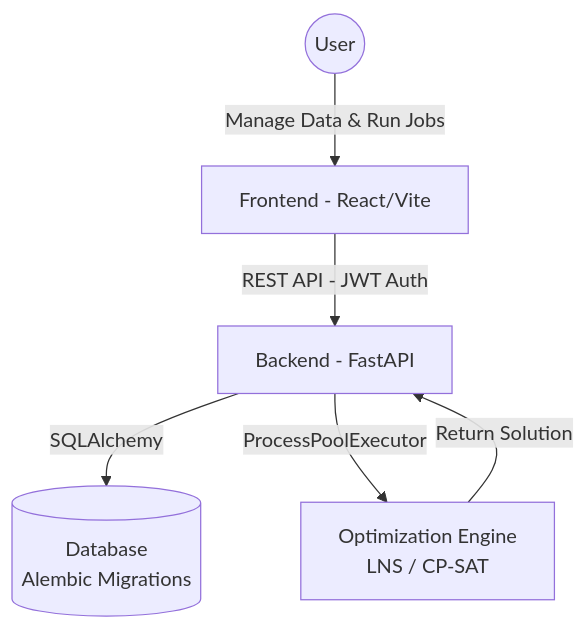
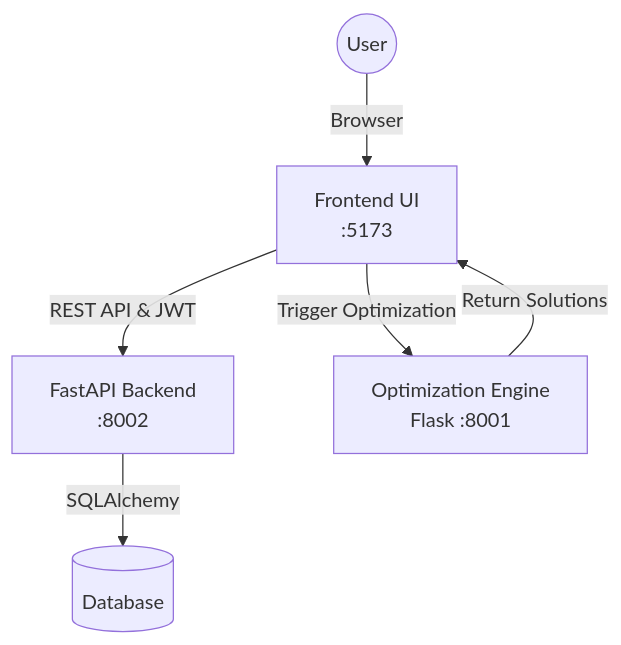
One commit to DuyVuux/AirCraft changed the diagram in README.md. Above: the diagram before and after it, drawn with Mermaid. The commit also changed other lines of this file and 16 other files, not shown here.

````diff
--- a/README.md
+++ b/README.md
@@ -22,8 +32,8 @@
 ```mermaid
 graph TD
-    User((User)) -->|Manage Data & Run Jobs| FE[Frontend - React/Vite]
-    FE -->|REST API - JWT Auth| BE[Backend - FastAPI]
-    BE -->|SQLAlchemy| DB[(Database \n Alembic Migrations)]
-    BE -->|ProcessPoolExecutor| Algo[Optimization Engine \n LNS / CP-SAT]
-    Algo -->|Return Solution| BE
+    User((User)) -->|Browser| FE[Frontend UI \n:5173]
+    FE -->|REST API & JWT| BE[FastAPI Backend \n:8002]
+    BE -->|SQLAlchemy| DB[(Database)]
+    FE -->|Trigger Optimization| Algo[Optimization Engine \n Flask :8001]
+    Algo -->|Return Solutions| FE
 ```
````
